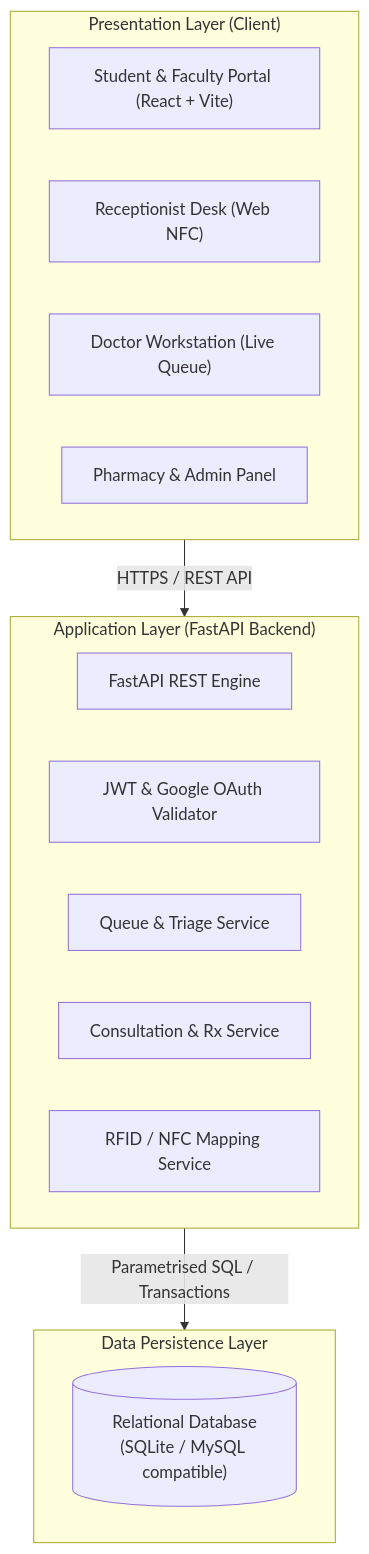
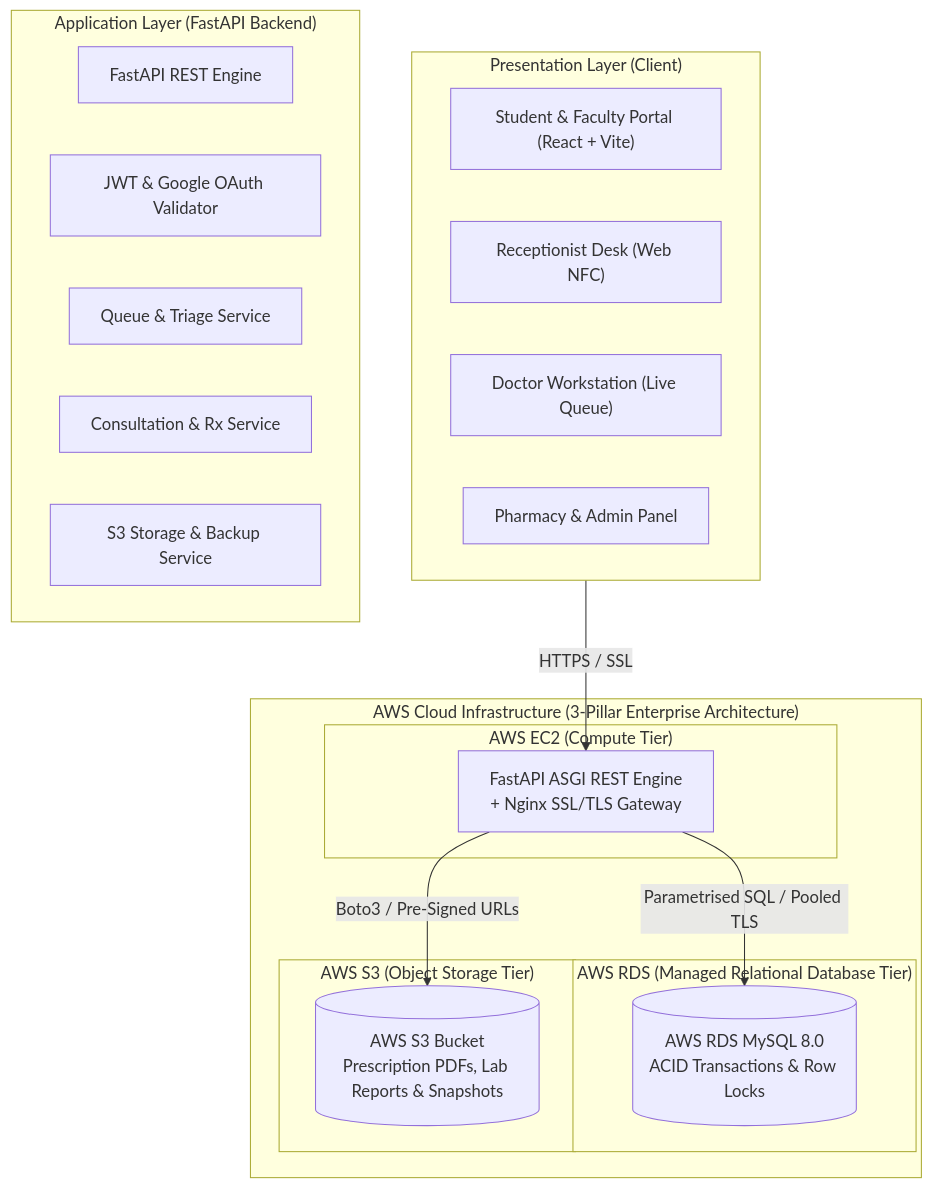
One commit to Singh1veer/pulse_care changed the second of 2 diagrams in README.md. Above: the diagram before and after it, drawn with Mermaid. The commit also changed other lines of this file and 7 other files, not shown here.

Commit message:
Implement 3-pillar AWS Cloud Architecture: EC2 compute, RDS MySQL migration tooling, and S3 medical document storage

````diff
--- a/README.md
+++ b/README.md
@@ -82,24 +82,39 @@
 ```mermaid
 flowchart TB
     subgraph Client["Presentation Layer (Client)"]
         UI1["Student & Faculty Portal (React + Vite)"]
         UI2["Receptionist Desk (Web NFC)"]
         UI3["Doctor Workstation (Live Queue)"]
         UI4["Pharmacy & Admin Panel"]
     end
 
     subgraph Server["Application Layer (FastAPI Backend)"]
         API["FastAPI REST Engine"]
         AUTH["JWT & Google OAuth Validator"]
         SVC1["Queue & Triage Service"]
         SVC2["Consultation & Rx Service"]
         SVC3["RFID / NFC Mapping Service"]
     end
 
-    subgraph Data["Data Persistence Layer"]
-        DB[("Relational Database\n(SQLite / MySQL compatible)")]
+    subgraph Cloud["AWS Cloud Infrastructure (3-Pillar Enterprise Architecture)"]
+        subgraph EC2["AWS EC2 (Compute Tier)"]
+            SERVER["FastAPI ASGI REST Engine\n+ Nginx SSL/TLS Gateway"]
+            AUTH["JWT & Google OAuth Validator"]
+            SVC1["Queue & Triage Service"]
+            SVC2["Consultation & Rx Service"]
+            SVC3["S3 Storage & Backup Service"]
+        end
+
+        subgraph RDS["AWS RDS (Managed Relational Database Tier)"]
+            DB[("AWS RDS MySQL 8.0\nACID Transactions & Row Locks")]
+        end
+
+        subgraph S3["AWS S3 (Object Storage Tier)"]
+            BUCKET[("AWS S3 Bucket\nPrescription PDFs, Lab Reports & Snapshots")]
+        end
     end
 
-    Client -->|HTTPS / REST API| Server
-    Server -->|Parametrised SQL / Transactions| Data
+    Client -->|HTTPS / SSL| SERVER
+    SERVER -->|Parametrised SQL / Pooled TLS| DB
+    SERVER -->|Boto3 / Pre-Signed URLs| BUCKET
 ```
````
